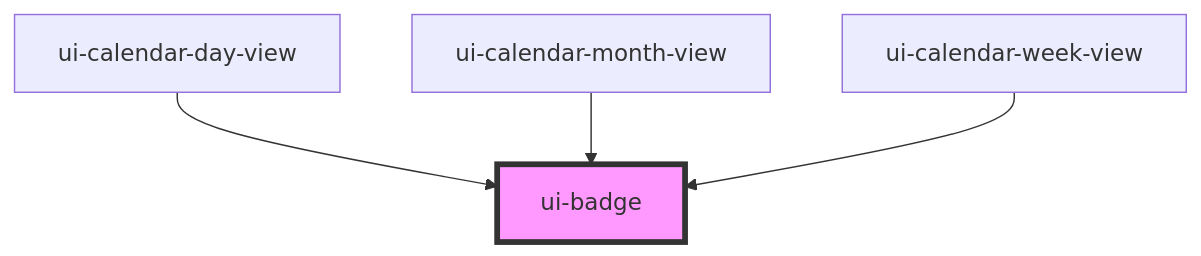
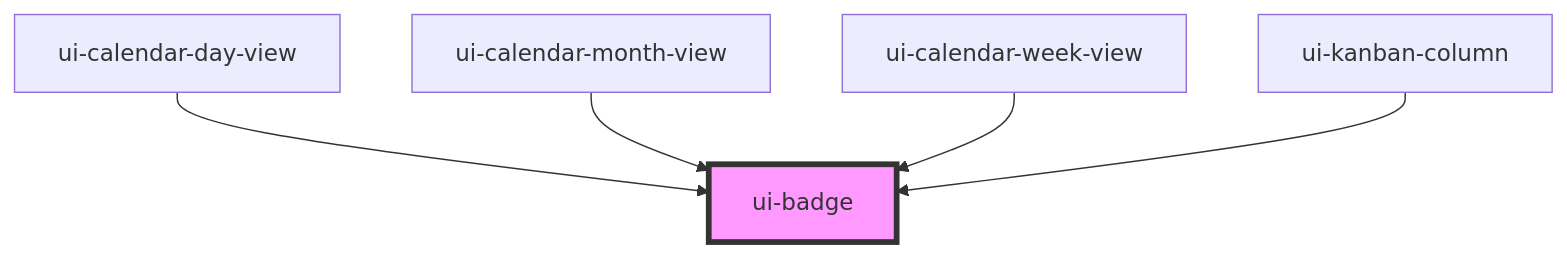
Before and after one commit to danieluxury88/UI-Platform: the diagram in packages/design-system/src/components/feedback/ui-badge/readme.md, drawn with Mermaid. The commit also changed other lines of this file and 21 other files, not shown here.

````diff
--- a/packages/design-system/src/components/feedback/ui-badge/readme.md
+++ b/packages/design-system/src/components/feedback/ui-badge/readme.md
@@ -24,7 +25,8 @@
 ```mermaid
 graph TD;
   ui-calendar-day-view --> ui-badge
   ui-calendar-month-view --> ui-badge
   ui-calendar-week-view --> ui-badge
+  ui-kanban-column --> ui-badge
   style ui-badge fill:#f9f,stroke:#333,stroke-width:4px
 ```
````
